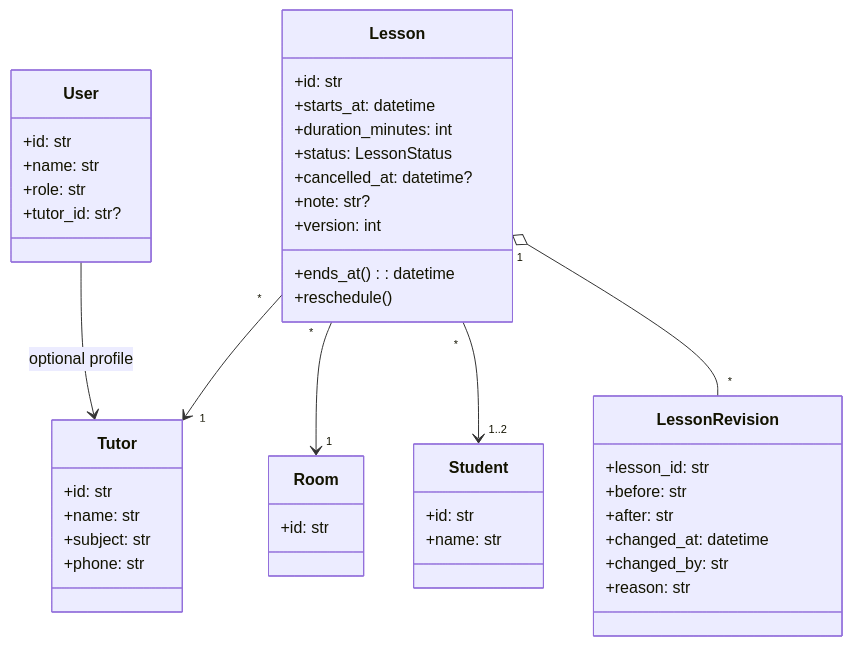
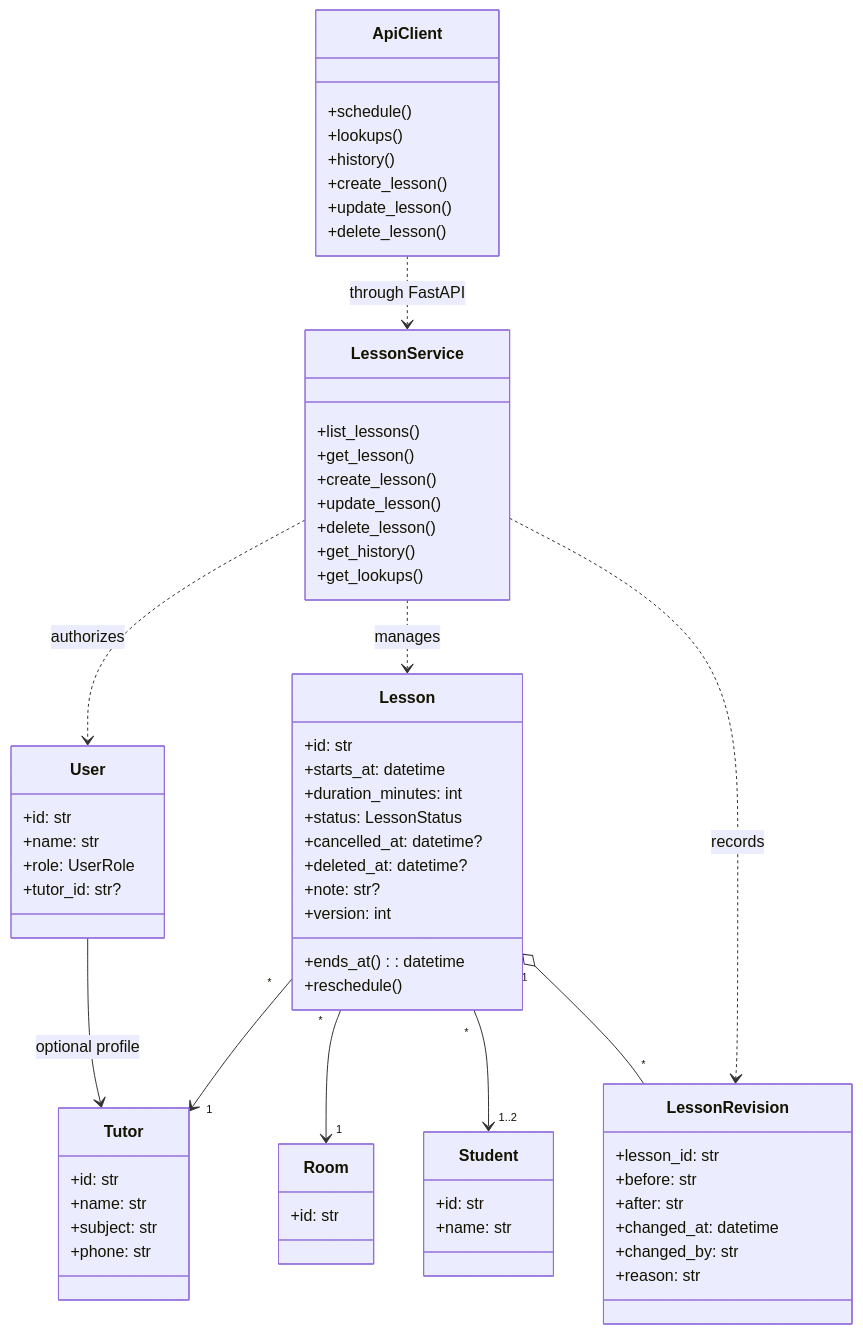
Before and after one commit to essor1234/Synergie_Test: the first of 2 diagrams in DESIGN.md, drawn with Mermaid. The commit also changed other lines of this file and 5 other files, not shown here.

````diff
--- a/DESIGN.md
+++ b/DESIGN.md
@@ -62,46 +62,68 @@
 ```mermaid
 classDiagram
     class User {
         +id: str
         +name: str
-        +role: str
+        +role: UserRole
         +tutor_id: str?
     }
     class Tutor {
         +id: str
         +name: str
         +subject: str
         +phone: str
     }
     class Student {
         +id: str
         +name: str
     }
     class Room {
         +id: str
     }
     class Lesson {
         +id: str
         +starts_at: datetime
         +duration_minutes: int
         +status: LessonStatus
         +cancelled_at: datetime?
+        +deleted_at: datetime?
         +note: str?
         +version: int
         +ends_at(): datetime
         +reschedule()
     }
     class LessonRevision {
         +lesson_id: str
         +before: str
         +after: str
         +changed_at: datetime
         +changed_by: str
         +reason: str
     }
+    class LessonService {
+        +list_lessons()
+        +get_lesson()
+        +create_lesson()
+        +update_lesson()
+        +delete_lesson()
+        +get_history()
+        +get_lookups()
+    }
+    class ApiClient {
+        +schedule()
+        +lookups()
+        +history()
+        +create_lesson()
+        +update_lesson()
+        +delete_lesson()
+    }
     User --> Tutor : optional profile
     Lesson "*" --> "1" Tutor
     Lesson "*" --> "1" Room
     Lesson "*" --> "1..2" Student
     Lesson "1" o-- "*" LessonRevision
+    LessonService ..> User : authorizes
+    LessonService ..> Lesson : manages
+    LessonService ..> LessonRevision : records
+    ApiClient ..> LessonService : through FastAPI
 ```
````
